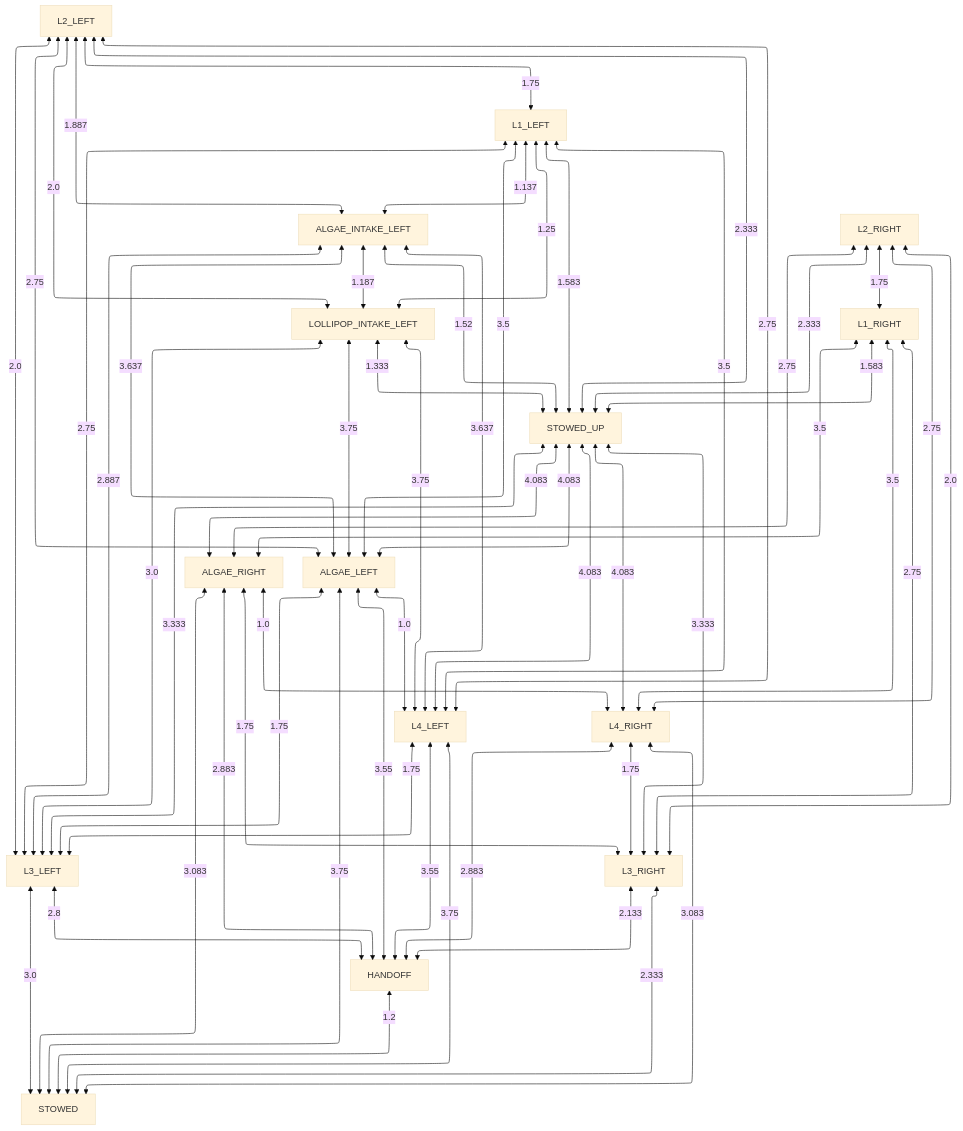
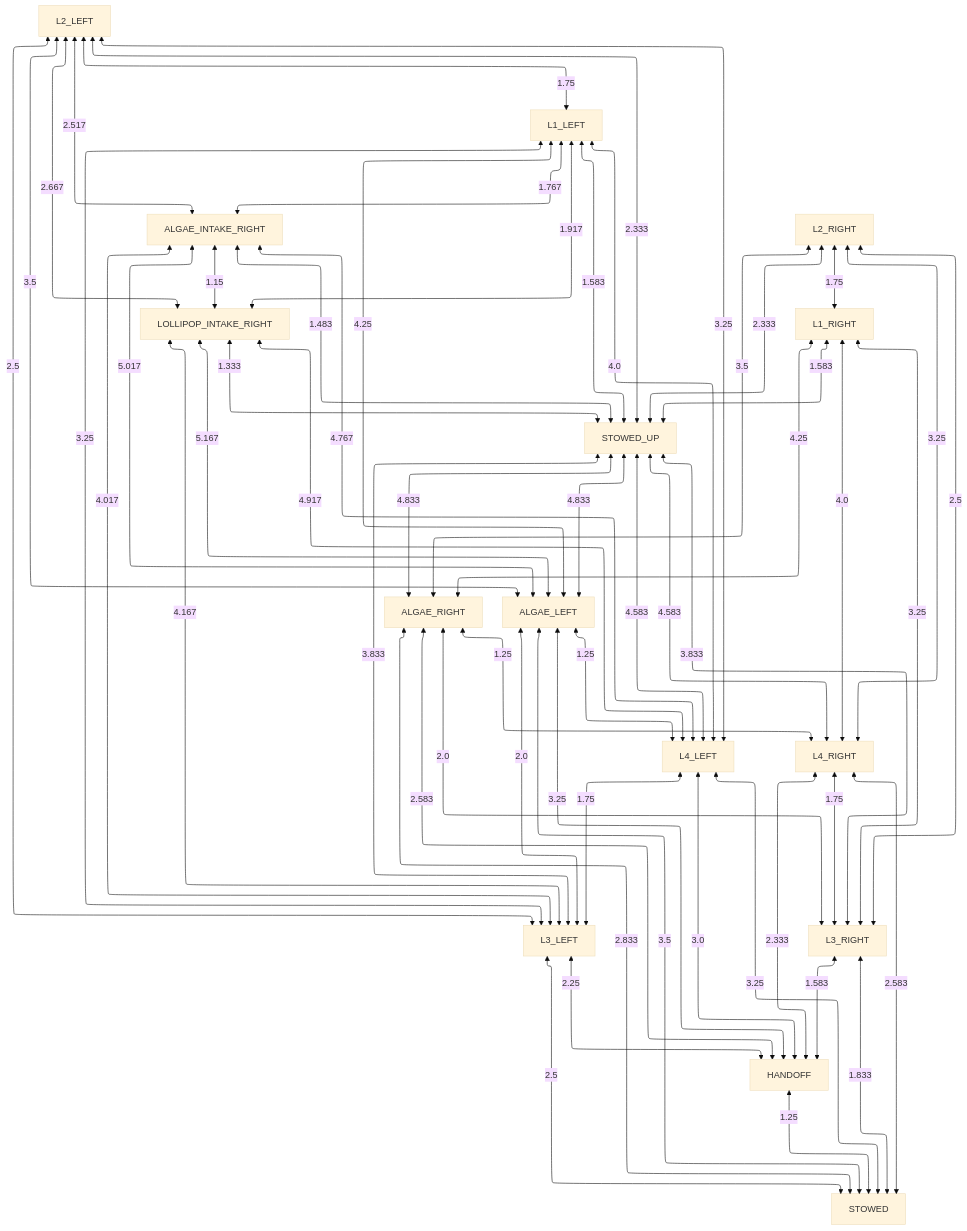
Before and after one commit to team581/offseason-2025-comp: the diagram in docs/collision_avoidance/no_obstruction.md, drawn with Mermaid (base theme). The commit also changed 6 other files, not shown here.

````diff
--- a/docs/collision_avoidance/no_obstruction.md
+++ b/docs/collision_avoidance/no_obstruction.md
@@ -3,61 +3,61 @@
 ```mermaid
 %%{ init: { "flowchart": { "defaultRenderer": "elk" } } }%%
 graph TD
 
-HANDOFF <-- 1.2 --> STOWED
-L3_LEFT <-- 3.0 --> STOWED
-L3_RIGHT <-- 2.333 --> STOWED
-L4_LEFT <-- 3.75 --> STOWED
-L4_RIGHT <-- 3.083 --> STOWED
-ALGAE_RIGHT <-- 3.083 --> STOWED
-ALGAE_LEFT <-- 3.75 --> STOWED
-L3_LEFT <-- 2.8 --> HANDOFF
-L3_RIGHT <-- 2.133 --> HANDOFF
-L4_LEFT <-- 3.55 --> HANDOFF
-L4_RIGHT <-- 2.883 --> HANDOFF
-ALGAE_LEFT <-- 3.55 --> HANDOFF
-ALGAE_RIGHT <-- 2.883 --> HANDOFF
-STOWED_UP <-- 3.333 --> L3_LEFT
-ALGAE_INTAKE_LEFT <-- 2.887 --> L3_LEFT
-LOLLIPOP_INTAKE_LEFT <-- 3.0 --> L3_LEFT
-L1_LEFT <-- 2.75 --> L3_LEFT
-L2_LEFT <-- 2.0 --> L3_LEFT
+HANDOFF <-- 1.25 --> STOWED
+L3_LEFT <-- 2.5 --> STOWED
+L3_RIGHT <-- 1.833 --> STOWED
+L4_LEFT <-- 3.25 --> STOWED
+L4_RIGHT <-- 2.583 --> STOWED
+ALGAE_RIGHT <-- 2.833 --> STOWED
+ALGAE_LEFT <-- 3.5 --> STOWED
+L3_LEFT <-- 2.25 --> HANDOFF
+L3_RIGHT <-- 1.583 --> HANDOFF
+L4_LEFT <-- 3.0 --> HANDOFF
+L4_RIGHT <-- 2.333 --> HANDOFF
+ALGAE_LEFT <-- 3.25 --> HANDOFF
+ALGAE_RIGHT <-- 2.583 --> HANDOFF
+STOWED_UP <-- 3.833 --> L3_LEFT
+ALGAE_INTAKE_RIGHT <-- 4.017 --> L3_LEFT
+LOLLIPOP_INTAKE_RIGHT <-- 4.167 --> L3_LEFT
+L1_LEFT <-- 3.25 --> L3_LEFT
+L2_LEFT <-- 2.5 --> L3_LEFT
 L4_LEFT <-- 1.75 --> L3_LEFT
-ALGAE_LEFT <-- 1.75 --> L3_LEFT
-STOWED_UP <-- 3.333 --> L3_RIGHT
-L1_RIGHT <-- 2.75 --> L3_RIGHT
-L2_RIGHT <-- 2.0 --> L3_RIGHT
+ALGAE_LEFT <-- 2.0 --> L3_LEFT
+STOWED_UP <-- 3.833 --> L3_RIGHT
+L1_RIGHT <-- 3.25 --> L3_RIGHT
+L2_RIGHT <-- 2.5 --> L3_RIGHT
 L4_RIGHT <-- 1.75 --> L3_RIGHT
-ALGAE_RIGHT <-- 1.75 --> L3_RIGHT
-STOWED_UP <-- 4.083 --> L4_LEFT
-ALGAE_INTAKE_LEFT <-- 3.637 --> L4_LEFT
-LOLLIPOP_INTAKE_LEFT <-- 3.75 --> L4_LEFT
-L1_LEFT <-- 3.5 --> L4_LEFT
-L2_LEFT <-- 2.75 --> L4_LEFT
-ALGAE_LEFT <-- 1.0 --> L4_LEFT
-STOWED_UP <-- 4.083 --> L4_RIGHT
-L1_RIGHT <-- 3.5 --> L4_RIGHT
-L2_RIGHT <-- 2.75 --> L4_RIGHT
-ALGAE_RIGHT <-- 1.0 --> L4_RIGHT
-STOWED_UP <-- 4.083 --> ALGAE_RIGHT
-L1_RIGHT <-- 3.5 --> ALGAE_RIGHT
-L2_RIGHT <-- 2.75 --> ALGAE_RIGHT
-STOWED_UP <-- 4.083 --> ALGAE_LEFT
-ALGAE_INTAKE_LEFT <-- 3.637 --> ALGAE_LEFT
-LOLLIPOP_INTAKE_LEFT <-- 3.75 --> ALGAE_LEFT
-L1_LEFT <-- 3.5 --> ALGAE_LEFT
-L2_LEFT <-- 2.75 --> ALGAE_LEFT
-LOLLIPOP_INTAKE_LEFT <-- 1.333 --> STOWED_UP
-ALGAE_INTAKE_LEFT <-- 1.52 --> STOWED_UP
+ALGAE_RIGHT <-- 2.0 --> L3_RIGHT
+STOWED_UP <-- 4.583 --> L4_LEFT
+ALGAE_INTAKE_RIGHT <-- 4.767 --> L4_LEFT
+LOLLIPOP_INTAKE_RIGHT <-- 4.917 --> L4_LEFT
+L1_LEFT <-- 4.0 --> L4_LEFT
+L2_LEFT <-- 3.25 --> L4_LEFT
+ALGAE_LEFT <-- 1.25 --> L4_LEFT
+STOWED_UP <-- 4.583 --> L4_RIGHT
+L1_RIGHT <-- 4.0 --> L4_RIGHT
+L2_RIGHT <-- 3.25 --> L4_RIGHT
+ALGAE_RIGHT <-- 1.25 --> L4_RIGHT
+STOWED_UP <-- 4.833 --> ALGAE_RIGHT
+L1_RIGHT <-- 4.25 --> ALGAE_RIGHT
+L2_RIGHT <-- 3.5 --> ALGAE_RIGHT
+STOWED_UP <-- 4.833 --> ALGAE_LEFT
+ALGAE_INTAKE_RIGHT <-- 5.017 --> ALGAE_LEFT
+LOLLIPOP_INTAKE_RIGHT <-- 5.167 --> ALGAE_LEFT
+L1_LEFT <-- 4.25 --> ALGAE_LEFT
+L2_LEFT <-- 3.5 --> ALGAE_LEFT
+LOLLIPOP_INTAKE_RIGHT <-- 1.333 --> STOWED_UP
+ALGAE_INTAKE_RIGHT <-- 1.483 --> STOWED_UP
 L1_LEFT <-- 1.583 --> STOWED_UP
 L2_LEFT <-- 2.333 --> STOWED_UP
 L1_RIGHT <-- 1.583 --> STOWED_UP
 L2_RIGHT <-- 2.333 --> STOWED_UP
-ALGAE_INTAKE_LEFT <-- 1.187 --> LOLLIPOP_INTAKE_LEFT
-L1_LEFT <-- 1.25 --> LOLLIPOP_INTAKE_LEFT
-L2_LEFT <-- 2.0 --> LOLLIPOP_INTAKE_LEFT
-L1_LEFT <-- 1.137 --> ALGAE_INTAKE_LEFT
-L2_LEFT <-- 1.887 --> ALGAE_INTAKE_LEFT
+ALGAE_INTAKE_RIGHT <-- 1.15 --> LOLLIPOP_INTAKE_RIGHT
+L1_LEFT <-- 1.917 --> LOLLIPOP_INTAKE_RIGHT
+L2_LEFT <-- 2.667 --> LOLLIPOP_INTAKE_RIGHT
+L1_LEFT <-- 1.767 --> ALGAE_INTAKE_RIGHT
+L2_LEFT <-- 2.517 --> ALGAE_INTAKE_RIGHT
 L2_LEFT <-- 1.75 --> L1_LEFT
 L2_RIGHT <-- 1.75 --> L1_RIGHT
 ```
````
